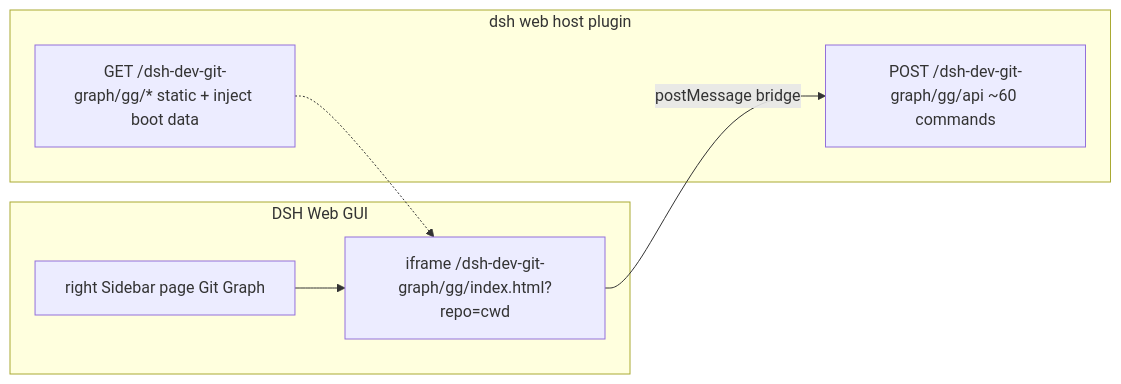
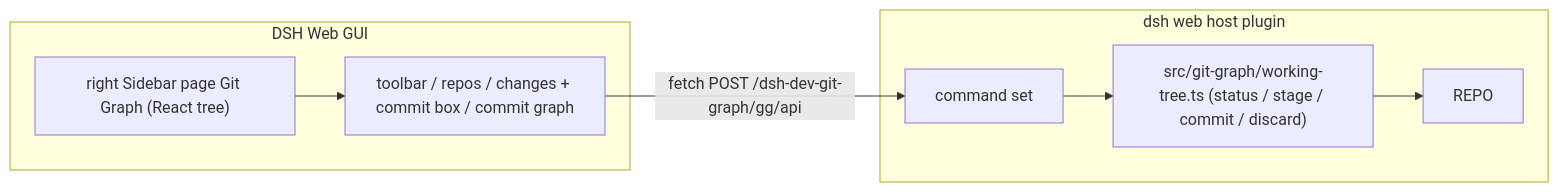
One commit to xzy-nine/dsh-source-control changed the diagram in README.md. Above: the diagram before and after it, drawn with Mermaid. The commit also changed other lines of this file and 17 other files, not shown here.

````diff
--- a/README.md
+++ b/README.md
@@ -33,10 +36,10 @@
 ```mermaid
 flowchart LR
   subgraph GUI["DSH Web GUI"]
-    TAB["right Sidebar page Git Graph"] --> IFRAME["iframe /dsh-dev-git-graph/gg/index.html?repo=cwd"]
+    TAB["right Sidebar page Git Graph (React tree)"] --> PANEL["toolbar / repos / changes + commit box / commit graph"]
   end
   subgraph HOST["dsh web host plugin"]
-    R1["GET /dsh-dev-git-graph/gg/* static + inject boot data"] -.-> IFRAME
-    IFRAME -->|postMessage bridge| R2["POST /dsh-dev-git-graph/gg/api ~60 commands"]
+    PANEL -->|"fetch POST /dsh-dev-git-graph/gg/api"| API["command set"]
+    API --> WT["src/git-graph/working-tree.ts (status / stage / commit / discard)"] --> REPO
   end
 ```
````
